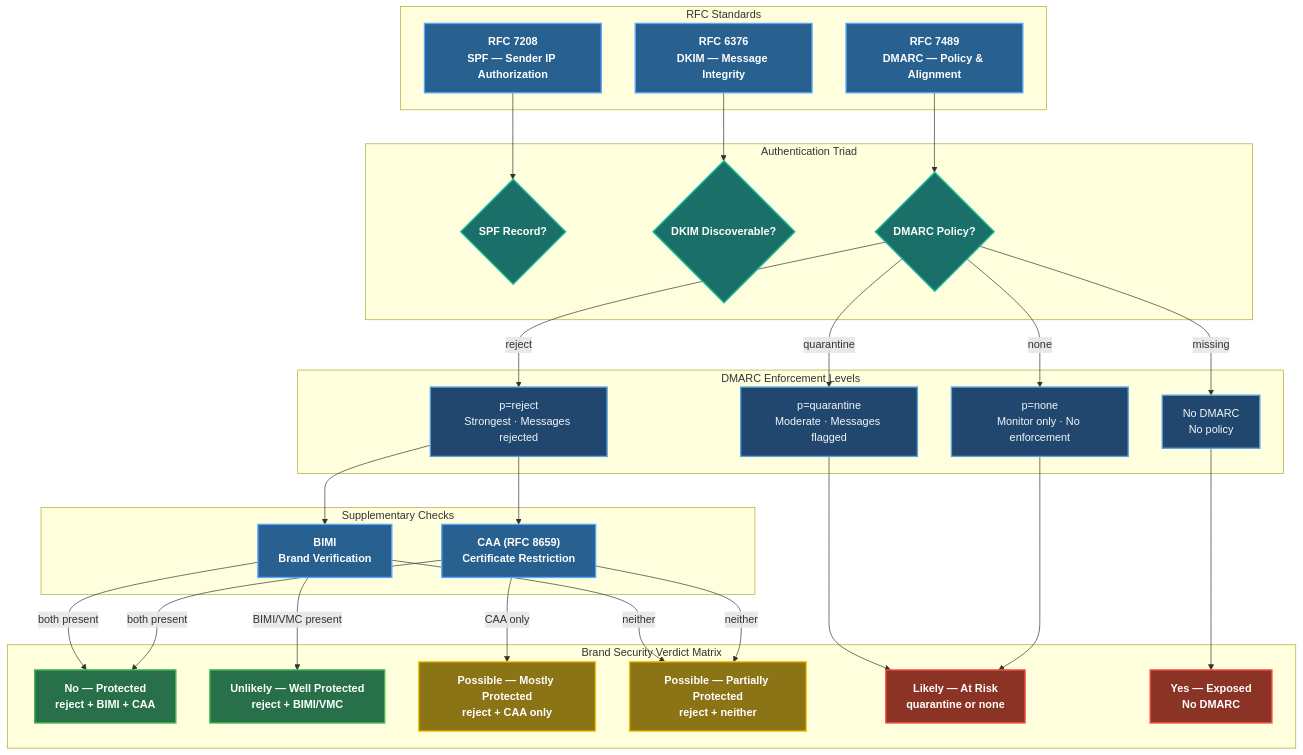
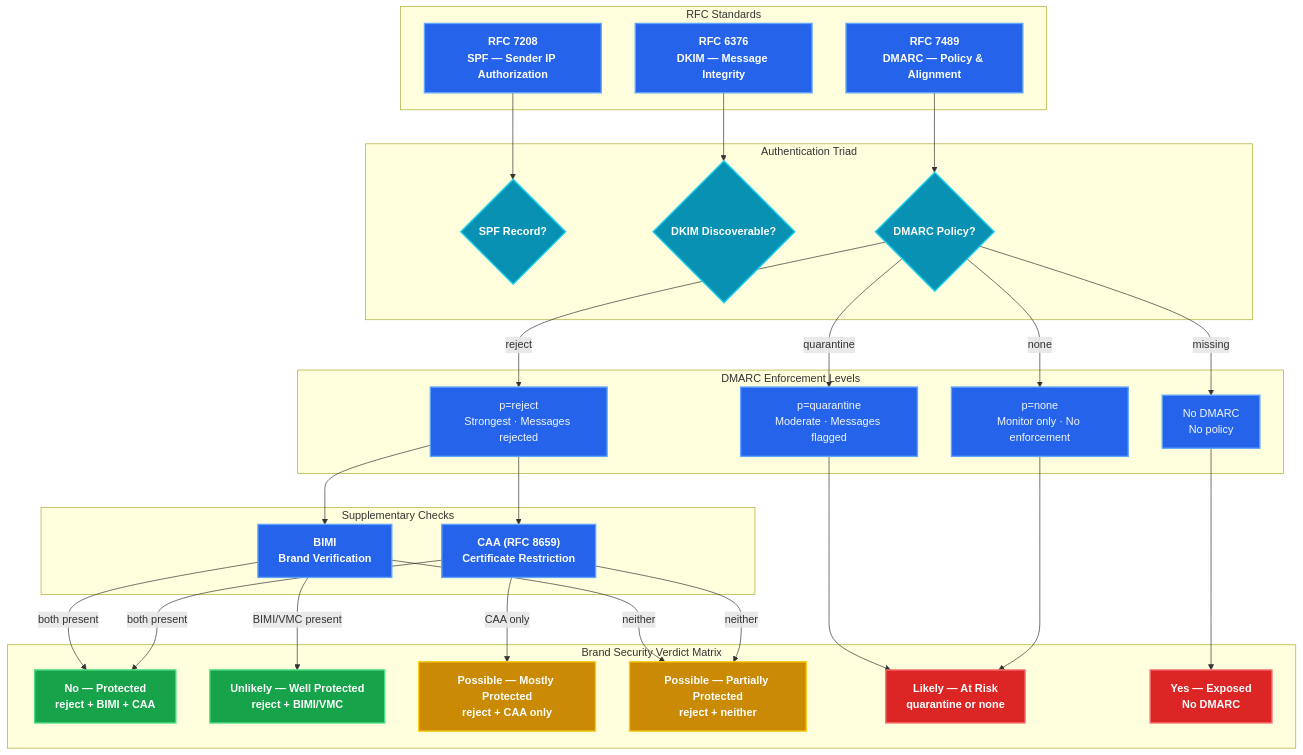
The fifth of 7 diagrams in docs/architecture/SYSTEM_ARCHITECTURE.md (careyjames/DnsToolWeb), drawn with Mermaid before and after one commit. The commit also changed other lines of this file and 1 other file, not shown here.

First line of the commit message:
Improve diagram colors and visibility by adjusting styling and scripts

````diff
--- a/docs/architecture/SYSTEM_ARCHITECTURE.md
+++ b/docs/architecture/SYSTEM_ARCHITECTURE.md
@@ -251,65 +251,65 @@
 ```mermaid
 graph TB
     subgraph "RFC Standards"
         RFC7208["RFC 7208<br/>SPF — Sender IP Authorization"]
         RFC6376["RFC 6376<br/>DKIM — Message Integrity"]
         RFC7489["RFC 7489<br/>DMARC — Policy & Alignment"]
     end
 
     subgraph "Authentication Triad"
         SPFCheck{"SPF Record?"}
         DKIMCheck{"DKIM Discoverable?"}
         DMARCCheck{"DMARC Policy?"}
     end
 
     subgraph "DMARC Enforcement Levels"
         Reject["p=reject<br/>Strongest · Messages rejected"]
         Quarantine["p=quarantine<br/>Moderate · Messages flagged"]
         None["p=none<br/>Monitor only · No enforcement"]
         Missing["No DMARC<br/>No policy"]
     end
 
     subgraph "Supplementary Checks"
         BIMI2["BIMI<br/>Brand Verification"]
         CAA2["CAA (RFC 8659)<br/>Certificate Restriction"]
     end
 
     subgraph "Brand Security Verdict Matrix"
         Protected["No — Protected<br/>reject + BIMI + CAA"]
         WellP["Unlikely — Well Protected<br/>reject + BIMI/VMC"]
         MostlyP["Possible — Mostly Protected<br/>reject + CAA only"]
         PartialP["Possible — Partially Protected<br/>reject + neither"]
         AtRisk["Likely — At Risk<br/>quarantine or none"]
         Exposed["Yes — Exposed<br/>No DMARC"]
     end
 
     RFC7208 --> SPFCheck
     RFC6376 --> DKIMCheck
     RFC7489 --> DMARCCheck
     DMARCCheck -->|"reject"| Reject
     DMARCCheck -->|"quarantine"| Quarantine
     DMARCCheck -->|"none"| None
     DMARCCheck -->|"missing"| Missing
     Reject --> BIMI2 & CAA2
     BIMI2 & CAA2 -->|"both present"| Protected
     BIMI2 -->|"BIMI/VMC present"| WellP
     CAA2 -->|"CAA only"| MostlyP
     BIMI2 & CAA2 -->|"neither"| PartialP
     Quarantine --> AtRisk
     None --> AtRisk
     Missing --> Exposed
 
-    classDef default fill:#22476e,stroke:#5ba3e0,stroke-width:2px,color:#f0f6fc
-    classDef safe fill:#28704a,stroke:#3fb950,stroke-width:2px,color:#fff,font-weight:bold
-    classDef warn fill:#8a7415,stroke:#f1c40f,stroke-width:2px,color:#fff,font-weight:bold
-    classDef danger fill:#8b3325,stroke:#f85149,stroke-width:2px,color:#fff,font-weight:bold
-    classDef rfc fill:#28608f,stroke:#58a6ff,stroke-width:2px,color:#fff,font-weight:bold
-    classDef check fill:#1a7068,stroke:#1abc9c,stroke-width:2px,color:#fff,font-weight:bold
+    classDef default fill:#2563eb,stroke:#60a5fa,stroke-width:2px,color:#f0f6fc
+    classDef safe fill:#16a34a,stroke:#4ade80,stroke-width:2px,color:#fff,font-weight:bold
+    classDef warn fill:#ca8a04,stroke:#facc15,stroke-width:2px,color:#fff,font-weight:bold
+    classDef danger fill:#dc2626,stroke:#f87171,stroke-width:2px,color:#fff,font-weight:bold
+    classDef rfc fill:#2563eb,stroke:#60a5fa,stroke-width:2px,color:#fff,font-weight:bold
+    classDef check fill:#0891b2,stroke:#22d3ee,stroke-width:2px,color:#fff,font-weight:bold
     class Protected,WellP safe
     class MostlyP,PartialP warn
     class AtRisk,Exposed danger
     class RFC7208,RFC6376,RFC7489 rfc
     class SPFCheck,DKIMCheck,DMARCCheck check
     class Reject,Quarantine,None,Missing default
     class BIMI2,CAA2 rfc
 ```
````
